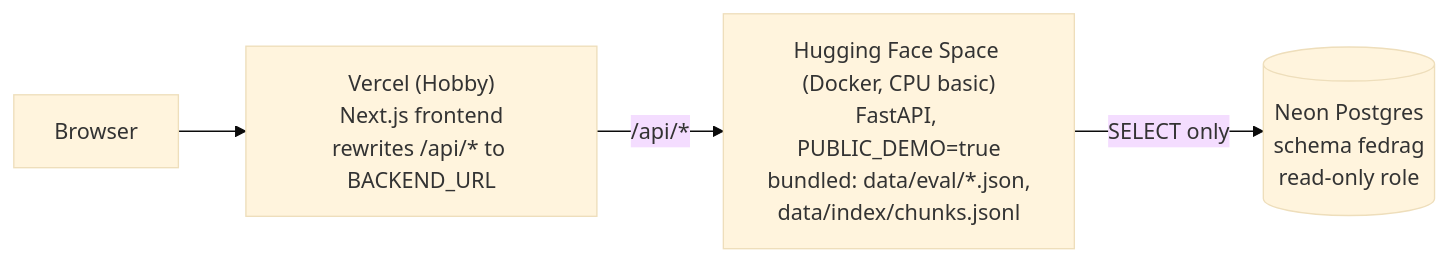
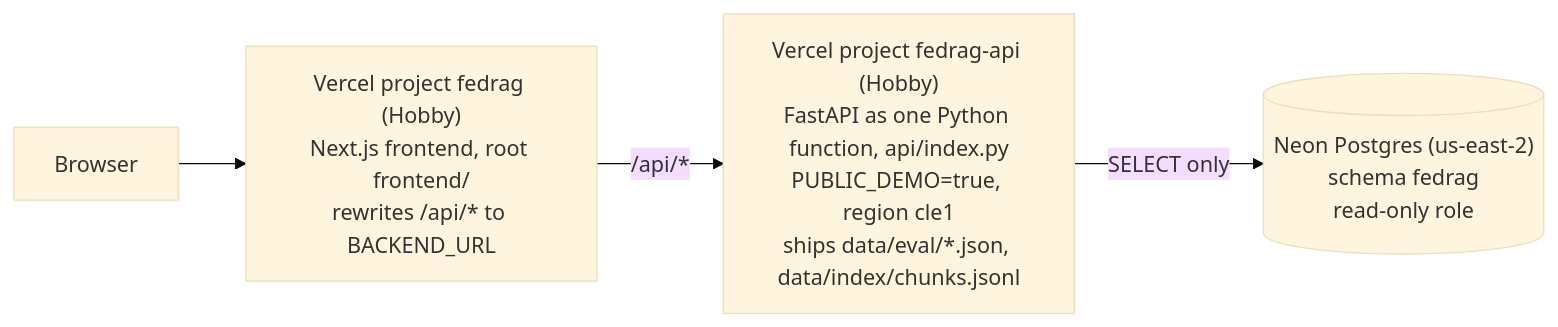
One commit to hoedongkim/fedrag changed the diagram in docs/deploy.md. Above: the diagram before and after it, drawn with Mermaid (base theme). The commit also changed other lines of this file and 34 other files, not shown here.

First line of the commit message:
feat(deploy): host the demo API as a Vercel Python function

````diff
--- a/docs/deploy.md
+++ b/docs/deploy.md
@@ -11,8 +11,8 @@
 ```mermaid
 flowchart LR
     browser["Browser"]
-    vercel["Vercel (Hobby)<br/>Next.js frontend<br/>rewrites /api/* to BACKEND_URL"]
-    space["Hugging Face Space (Docker, CPU basic)<br/>FastAPI, PUBLIC_DEMO=true<br/>bundled: data/eval/*.json,<br/>data/index/chunks.jsonl"]
-    neon[("Neon Postgres<br/>schema fedrag<br/>read-only role")]
-    browser --> vercel -->|"/api/*"| space -->|"SELECT only"| neon
+    web["Vercel project fedrag (Hobby)<br/>Next.js frontend, root frontend/<br/>rewrites /api/* to BACKEND_URL"]
+    api["Vercel project fedrag-api (Hobby)<br/>FastAPI as one Python function, api/index.py<br/>PUBLIC_DEMO=true, region cle1<br/>ships data/eval/*.json, data/index/chunks.jsonl"]
+    neon[("Neon Postgres (us-east-2)<br/>schema fedrag<br/>read-only role")]
+    browser --> web -->|"/api/*"| api -->|"SELECT only"| neon
 ```
````
